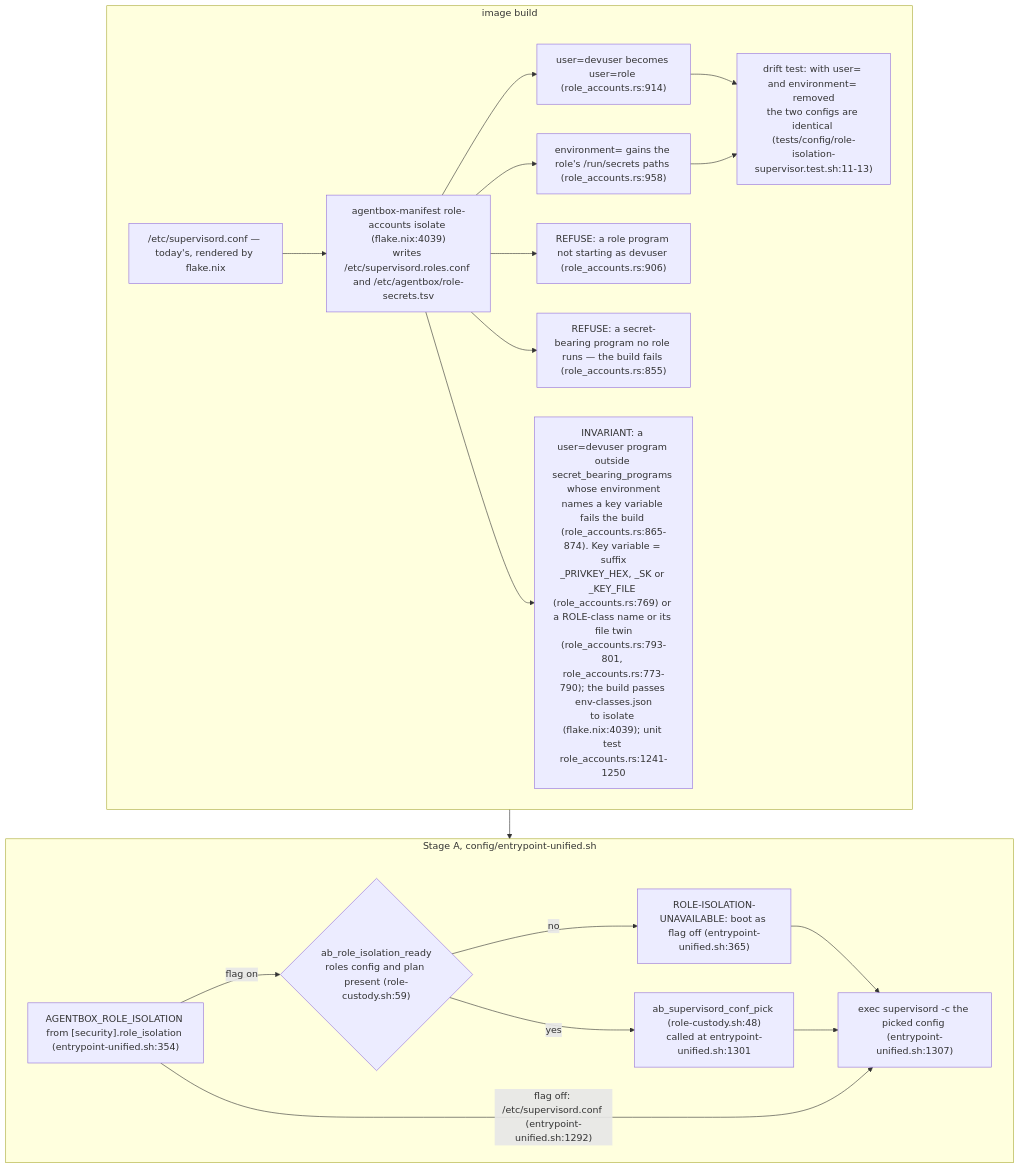
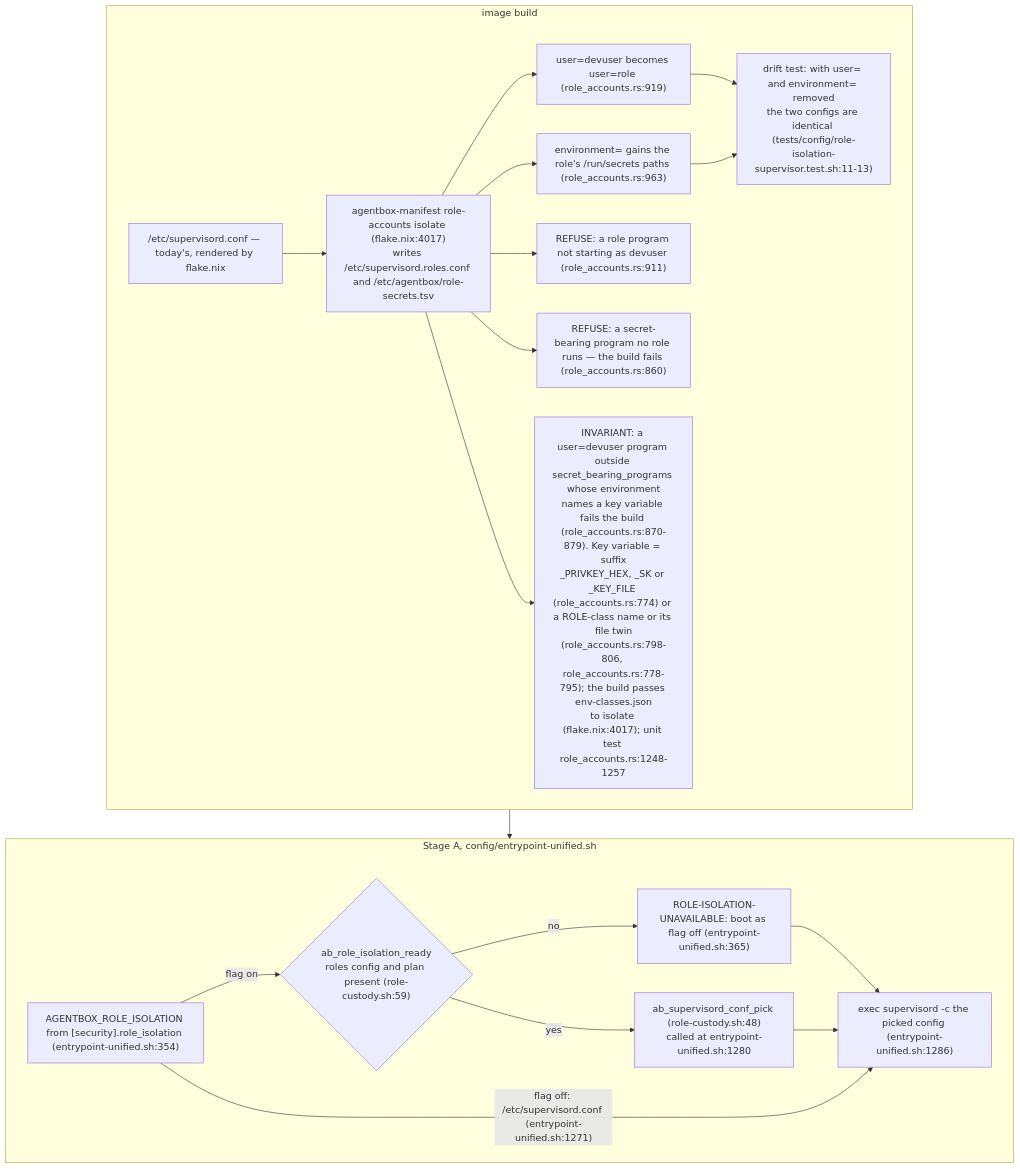
One commit to DreamLab-AI/VisionFlow changed the second of 7 diagrams in docs/diagrams/agentbox/36-role-isolation-and-identity-port.md. Above: the diagram before and after it, drawn with Mermaid. The commit also changed other lines of this file and 145 other files, not shown here.

````diff
--- a/docs/diagrams/agentbox/36-role-isolation-and-identity-port.md
+++ b/docs/diagrams/agentbox/36-role-isolation-and-identity-port.md
@@ -85,28 +86,28 @@
 ```mermaid
 flowchart TB
     subgraph BUILD["image build"]
         TODAY["/etc/supervisord.conf — today's, rendered by flake.nix"]
-        ISO["agentbox-manifest role-accounts isolate (flake.nix:4039)<br/>writes /etc/supervisord.roles.conf and /etc/agentbox/role-secrets.tsv"]
+        ISO["agentbox-manifest role-accounts isolate (flake.nix:4017)<br/>writes /etc/supervisord.roles.conf and /etc/agentbox/role-secrets.tsv"]
         TODAY --> ISO
-        ISO --> R1["user=devuser becomes user=role (role_accounts.rs:914)"]
-        ISO --> R2["environment= gains the role's /run/secrets paths (role_accounts.rs:958)"]
-        ISO --> F1["REFUSE: a role program not starting as devuser (role_accounts.rs:906)"]
-        ISO --> F2["REFUSE: a secret-bearing program no role runs — the build fails (role_accounts.rs:855)"]
-        ISO --> F3["INVARIANT: a user=devuser program outside secret_bearing_programs whose environment<br/>names a key variable fails the build (role_accounts.rs:865-874). Key variable = suffix<br/>_PRIVKEY_HEX, _SK or _KEY_FILE (role_accounts.rs:769) or a ROLE-class name or its file twin<br/>(role_accounts.rs:793-801, role_accounts.rs:773-790); the build passes env-classes.json<br/>to isolate (flake.nix:4039); unit test role_accounts.rs:1241-1250"]
+        ISO --> R1["user=devuser becomes user=role (role_accounts.rs:919)"]
+        ISO --> R2["environment= gains the role's /run/secrets paths (role_accounts.rs:963)"]
+        ISO --> F1["REFUSE: a role program not starting as devuser (role_accounts.rs:911)"]
+        ISO --> F2["REFUSE: a secret-bearing program no role runs — the build fails (role_accounts.rs:860)"]
+        ISO --> F3["INVARIANT: a user=devuser program outside secret_bearing_programs whose environment<br/>names a key variable fails the build (role_accounts.rs:870-879). Key variable = suffix<br/>_PRIVKEY_HEX, _SK or _KEY_FILE (role_accounts.rs:774) or a ROLE-class name or its file twin<br/>(role_accounts.rs:798-806, role_accounts.rs:778-795); the build passes env-classes.json<br/>to isolate (flake.nix:4017); unit test role_accounts.rs:1248-1257"]
         T["drift test: with user= and environment= removed<br/>the two configs are identical (tests/config/role-isolation-supervisor.test.sh:11-13)"]
         R1 --> T
         R2 --> T
     end
     subgraph BOOT["Stage A, config/entrypoint-unified.sh"]
         FLAG["AGENTBOX_ROLE_ISOLATION from [security].role_isolation (entrypoint-unified.sh:354)"]
         READY{"ab_role_isolation_ready<br/>roles config and plan present (role-custody.sh:59)"}
         UN["ROLE-ISOLATION-UNAVAILABLE: boot as flag off (entrypoint-unified.sh:365)"]
-        PICK["ab_supervisord_conf_pick (role-custody.sh:48)<br/>called at entrypoint-unified.sh:1301"]
-        EXEC["exec supervisord -c the picked config (entrypoint-unified.sh:1307)"]
+        PICK["ab_supervisord_conf_pick (role-custody.sh:48)<br/>called at entrypoint-unified.sh:1280"]
+        EXEC["exec supervisord -c the picked config (entrypoint-unified.sh:1286)"]
         FLAG -->|"flag on"| READY
         READY -->|"no"| UN --> EXEC
         READY -->|"yes"| PICK --> EXEC
-        FLAG -->|"flag off: /etc/supervisord.conf (entrypoint-unified.sh:1292)"| EXEC
+        FLAG -->|"flag off: /etc/supervisord.conf (entrypoint-unified.sh:1271)"| EXEC
     end
     BUILD --> BOOT
 ```
````
